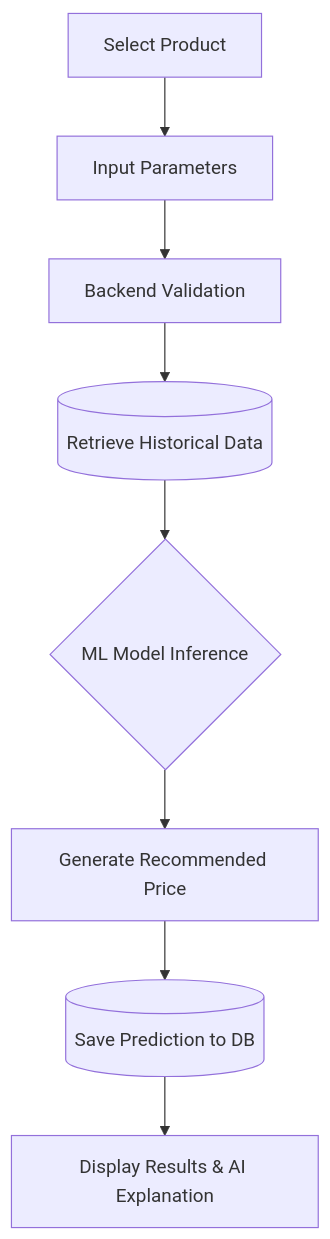
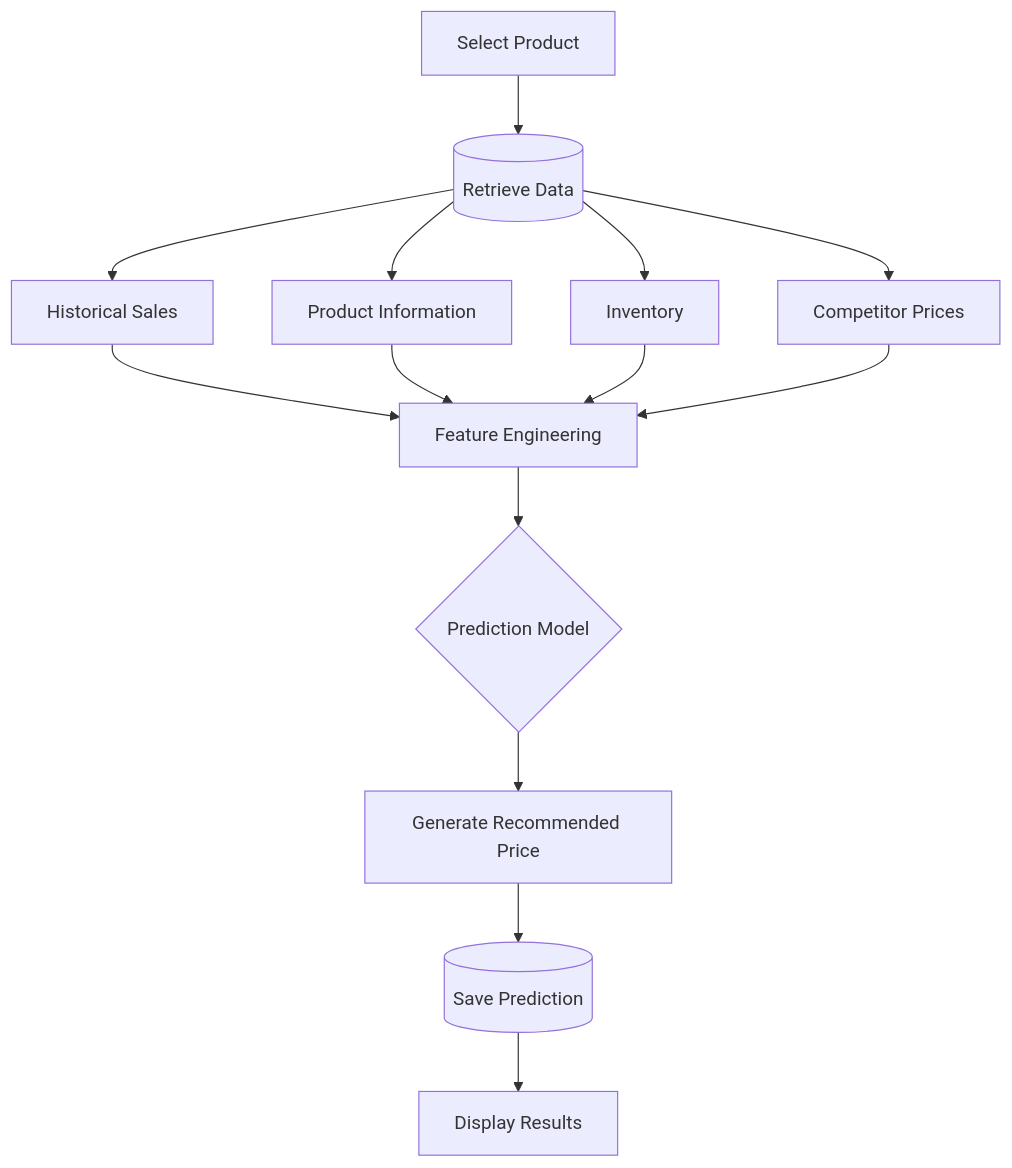
One commit to KMohammedsadiq/Dynamic-Pricing-Optimization-and-Revenue-Intelligence-Platform-K_Mohammad_Sadik changed the fourth of 10 diagrams in docs/04_Workflow_Planning.md. Above: the diagram before and after it, drawn with Mermaid. The commit also changed other lines of this file, not shown here.

````diff
--- a/docs/04_Workflow_Planning.md
+++ b/docs/04_Workflow_Planning.md
@@ -73,10 +106,13 @@
 ```mermaid
 flowchart TD
-    A[Select Product] --> B[Input Parameters]
-    B --> C[Backend Validation]
-    C --> D[(Retrieve Historical Data)]
-    D --> E{ML Model Inference}
-    E --> F[Generate Recommended Price]
-    F --> G[(Save Prediction to DB)]
-    G --> H[Display Results & AI Explanation]
+    A[Select Product] --> B[(Retrieve Data)]
+    B --> B1[Historical Sales]
+    B --> B2[Product Information]
+    B --> B3[Inventory]
+    B --> B4[Competitor Prices]
+    B1 & B2 & B3 & B4 --> C[Feature Engineering]
+    C --> D{Prediction Model}
+    D --> E[Generate Recommended Price]
+    E --> F[(Save Prediction)]
+    F --> G[Display Results]
 ```
````
